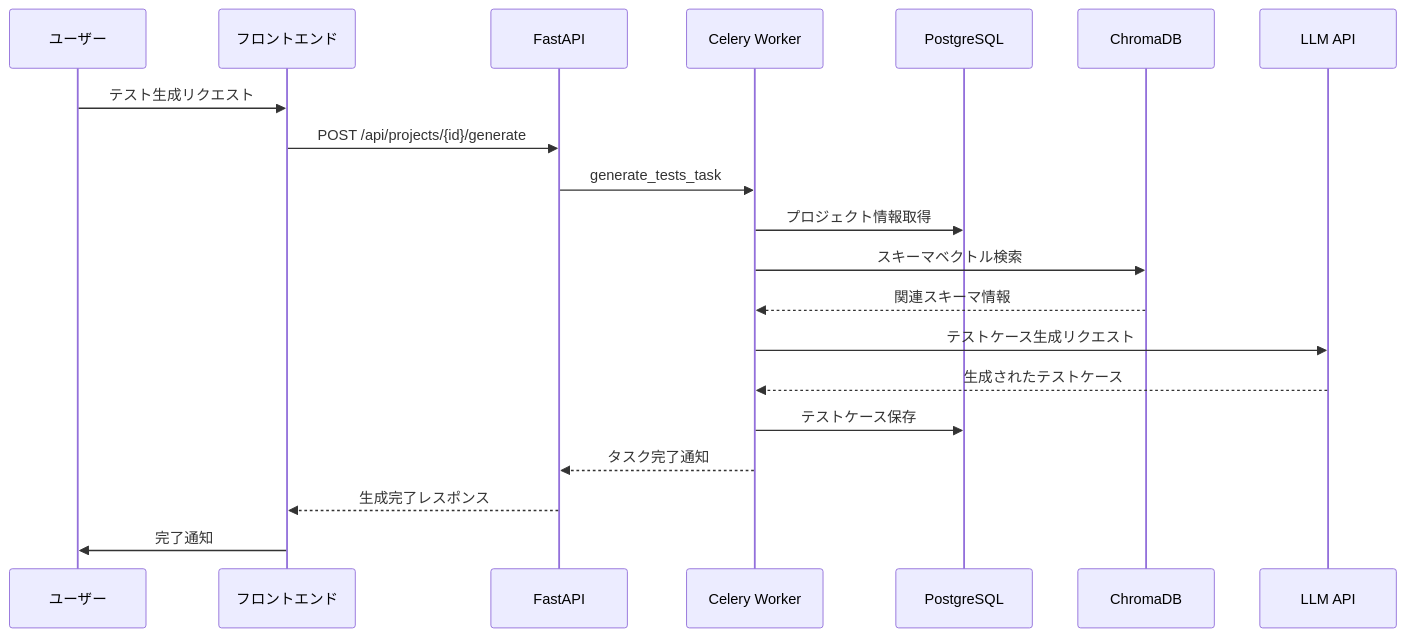
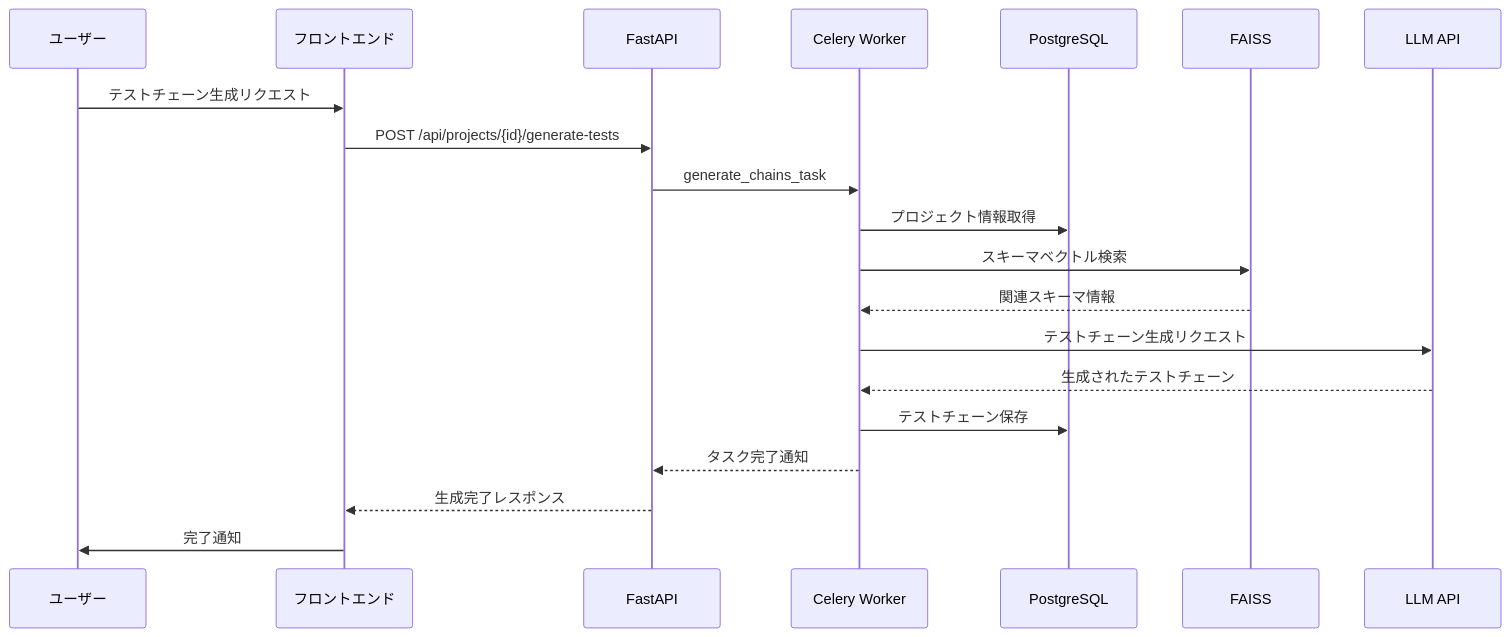
The second of 4 diagrams in ARCHITECTURE.md (Pirikara/caseforge), drawn with Mermaid before and after one commit. The commit also changed other lines of this file and 1 other file, not shown here.

````diff
--- a/ARCHITECTURE.md
+++ b/ARCHITECTURE.md
@@ -101,23 +102,23 @@
 ```mermaid
 sequenceDiagram
   participant User as ユーザー
   participant UI as フロントエンド
   participant API as FastAPI
   participant Worker as Celery Worker
   participant DB as PostgreSQL
-  participant Vector as ChromaDB
+  participant Vector as FAISS
   participant LLM as LLM API
 
-  User->>UI: テスト生成リクエスト
-  UI->>API: POST /api/projects/{id}/generate
-  API->>Worker: generate_tests_task
+  User->>UI: テストチェーン生成リクエスト
+  UI->>API: POST /api/projects/{id}/generate-tests
+  API->>Worker: generate_chains_task
   Worker->>DB: プロジェクト情報取得
   Worker->>Vector: スキーマベクトル検索
   Vector-->>Worker: 関連スキーマ情報
-  Worker->>LLM: テストケース生成リクエスト
-  LLM-->>Worker: 生成されたテストケース
-  Worker->>DB: テストケース保存
+  Worker->>LLM: テストチェーン生成リクエスト
+  LLM-->>Worker: 生成されたテストチェーン
+  Worker->>DB: テストチェーン保存
   Worker-->>API: タスク完了通知
   API-->>UI: 生成完了レスポンス
   UI->>User: 完了通知
 ```
````
